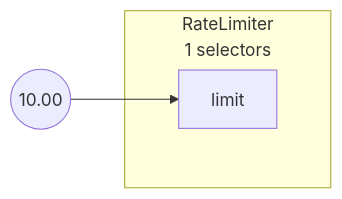
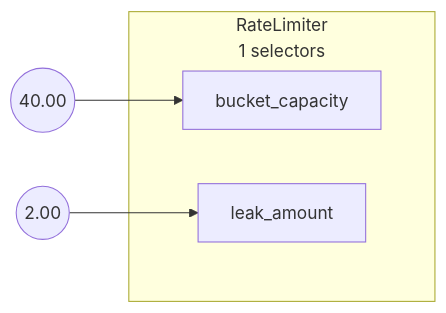
Before and after one commit to fluxninja/aperture: the diagram in docs/content/applying-policies/rate-limiting/assets/graphql-rate-limiting/graphql-rate-limiting-jwt.mmd, drawn with Mermaid. The commit also changed 87 other files, not shown here.

```diff
--- a/docs/content/applying-policies/rate-limiting/assets/graphql-rate-limiting/graphql-rate-limiting-jwt.mmd
+++ b/docs/content/applying-policies/rate-limiting/assets/graphql-rate-limiting/graphql-rate-limiting-jwt.mmd
@@ -1,9 +1,12 @@
 flowchart LR
 subgraph root.0[<center>RateLimiter<br/>1 selectors</center>]
 subgraph root.0_inports[ ]
 style root.0_inports fill:none,stroke:none
-root.0limit[limit]
+root.0bucket_capacity[bucket_capacity]
+root.0leak_amount[leak_amount]
 end
 end
-root.0_limit_FakeConstantout((10.00))
-root.0_limit_FakeConstantout --> root.0limit
+root.0_bucket_capacity_FakeConstantout((40.00))
+root.0_leak_amount_FakeConstantout((2.00))
+root.0_bucket_capacity_FakeConstantout --> root.0bucket_capacity
+root.0_leak_amount_FakeConstantout --> root.0leak_amount
```
